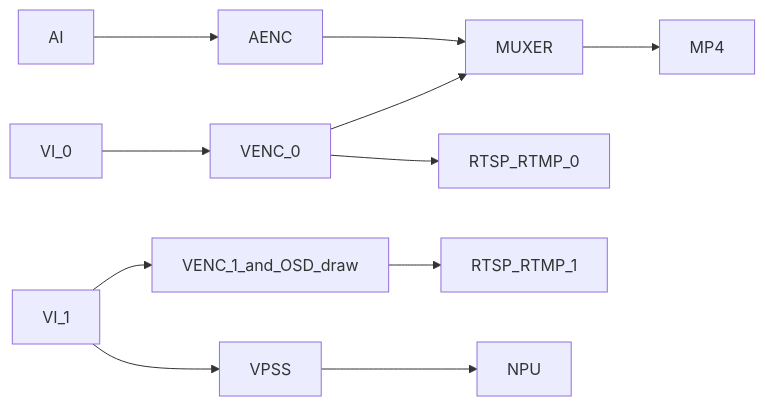
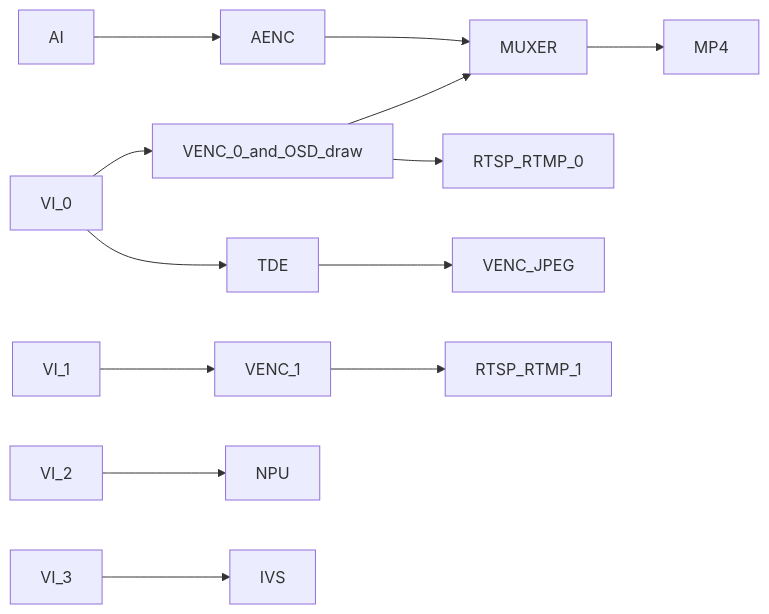
Before and after one commit to khadas/app_rkipc: the first of 8 diagrams in docs/Rockchip_Developer_Guide_Linux_RKIPC_CN.md, drawn with Mermaid. The commit also changed other lines of this file and 1 other file, not shown here.

Commit message:
docs: modifiy RV1106 IPC block diagram

````diff
--- a/docs/Rockchip_Developer_Guide_Linux_RKIPC_CN.md
+++ b/docs/Rockchip_Developer_Guide_Linux_RKIPC_CN.md
@@ -109,8 +110,10 @@
 ```mermaid
 graph LR
 	AI-->AENC-->MUXER-->MP4
-	VI_0-->VENC_0-->MUXER
-	VENC_0-->RTSP_RTMP_0
-	VI_1-->VENC_1_and_OSD_draw-->RTSP_RTMP_1
-	VI_1-->VPSS-->NPU
+	VI_0-->VENC_0_and_OSD_draw-->MUXER
+	VI_0-->TDE-->VENC_JPEG
+	VENC_0_and_OSD_draw-->RTSP_RTMP_0
+	VI_1-->VENC_1-->RTSP_RTMP_1
+	VI_2-->NPU
+	VI_3-->IVS
 ```
````
